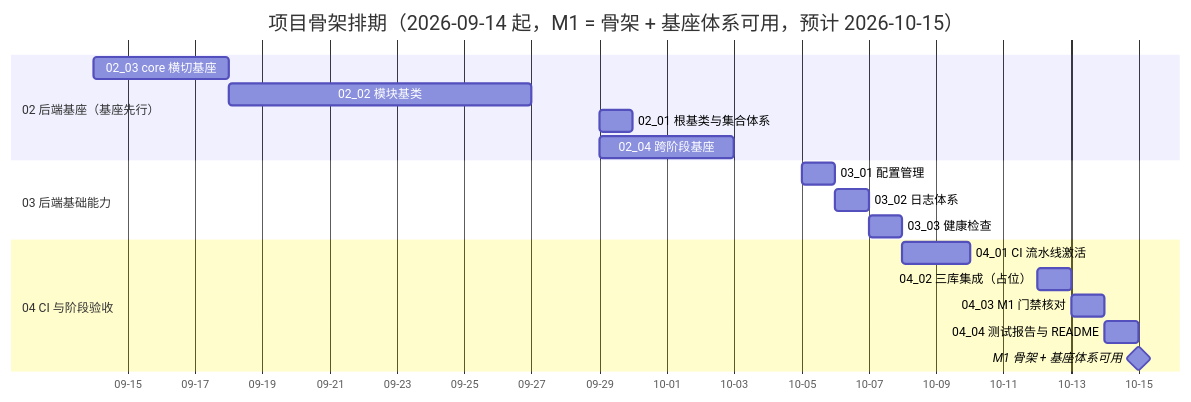
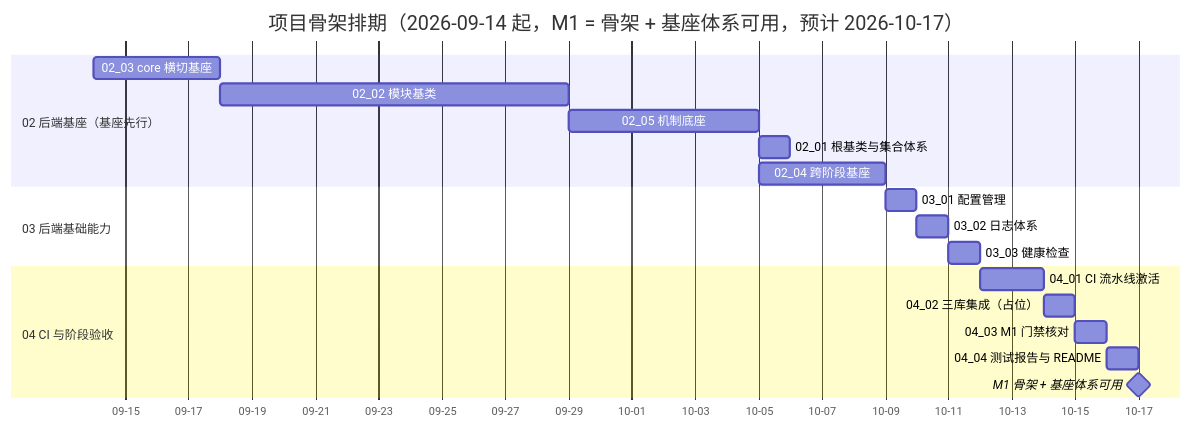
The diagram in bms文档/项目/01_项目骨架/计划/01_计划_项目骨架.md (minjian123/basic-management-system), drawn with Mermaid before and after one commit. The commit also changed other lines of this file and 18 other files, not shown here.

````diff
--- a/bms文档/项目/01_项目骨架/计划/01_计划_项目骨架.md
+++ b/bms文档/项目/01_项目骨架/计划/01_计划_项目骨架.md
@@ -67,21 +68,22 @@
 ```mermaid
 gantt
-    title 项目骨架排期（2026-09-14 起，M1 = 骨架 + 基座体系可用，预计 2026-10-15）
+    title 项目骨架排期（2026-09-14 起，M1 = 骨架 + 基座体系可用，预计 2026-10-17）
     dateFormat  YYYY-MM-DD
     axisFormat %m-%d
     section 02 后端基座（基座先行）
     02_03 core 横切基座    :a23, 2026-09-14, 4d
-    02_02 模块基类         :a22, 2026-09-18, 9d
-    02_01 根基类与集合体系 :a21, 2026-09-29, 1d
-    02_04 跨阶段基座       :a24, 2026-09-29, 4d
+    02_02 模块基类         :a22, 2026-09-18, 11d
+    02_05 机制底座         :a25, 2026-09-29, 6d
+    02_01 根基类与集合体系 :a21, 2026-10-05, 1d
+    02_04 跨阶段基座       :a24, 2026-10-05, 4d
     section 03 后端基础能力
-    03_01 配置管理         :a31, 2026-10-05, 1d
-    03_02 日志体系         :a32, 2026-10-06, 1d
-    03_03 健康检查         :a33, 2026-10-07, 1d
+    03_01 配置管理         :a31, 2026-10-09, 1d
+    03_02 日志体系         :a32, 2026-10-10, 1d
+    03_03 健康检查         :a33, 2026-10-11, 1d
     section 04 CI 与阶段验收
-    04_01 CI 流水线激活    :a41, 2026-10-08, 2d
-    04_02 三库集成（占位） :a42, 2026-10-12, 1d
-    04_03 M1 门禁核对      :a43, 2026-10-13, 1d
-    04_04 测试报告与 README :a44, 2026-10-14, 1d
-    M1 骨架 + 基座体系可用 :milestone, m1, 2026-10-15, 0d
+    04_01 CI 流水线激活    :a41, 2026-10-12, 2d
+    04_02 三库集成（占位） :a42, 2026-10-14, 1d
+    04_03 M1 门禁核对      :a43, 2026-10-15, 1d
+    04_04 测试报告与 README :a44, 2026-10-16, 1d
+    M1 骨架 + 基座体系可用 :milestone, m1, 2026-10-17, 0d
 ```
````
